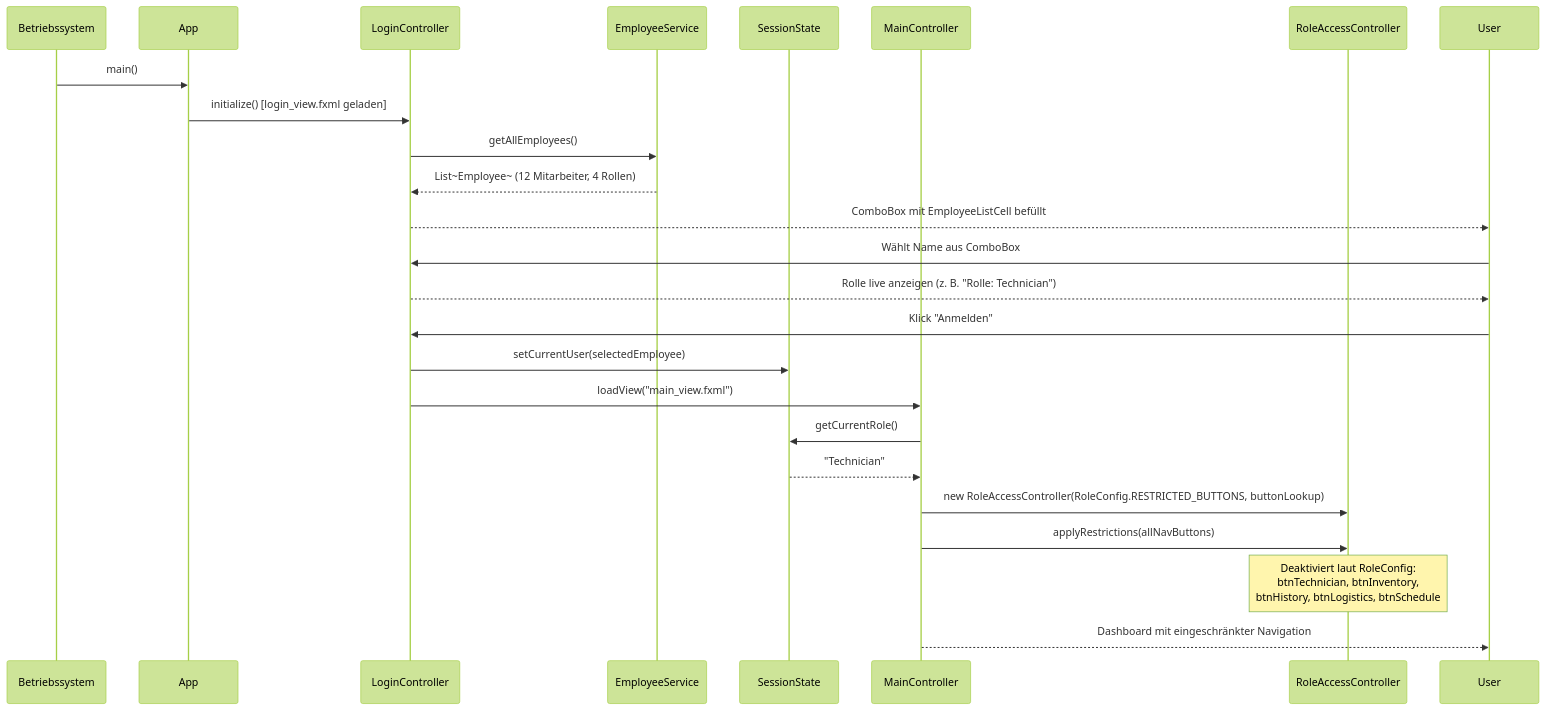
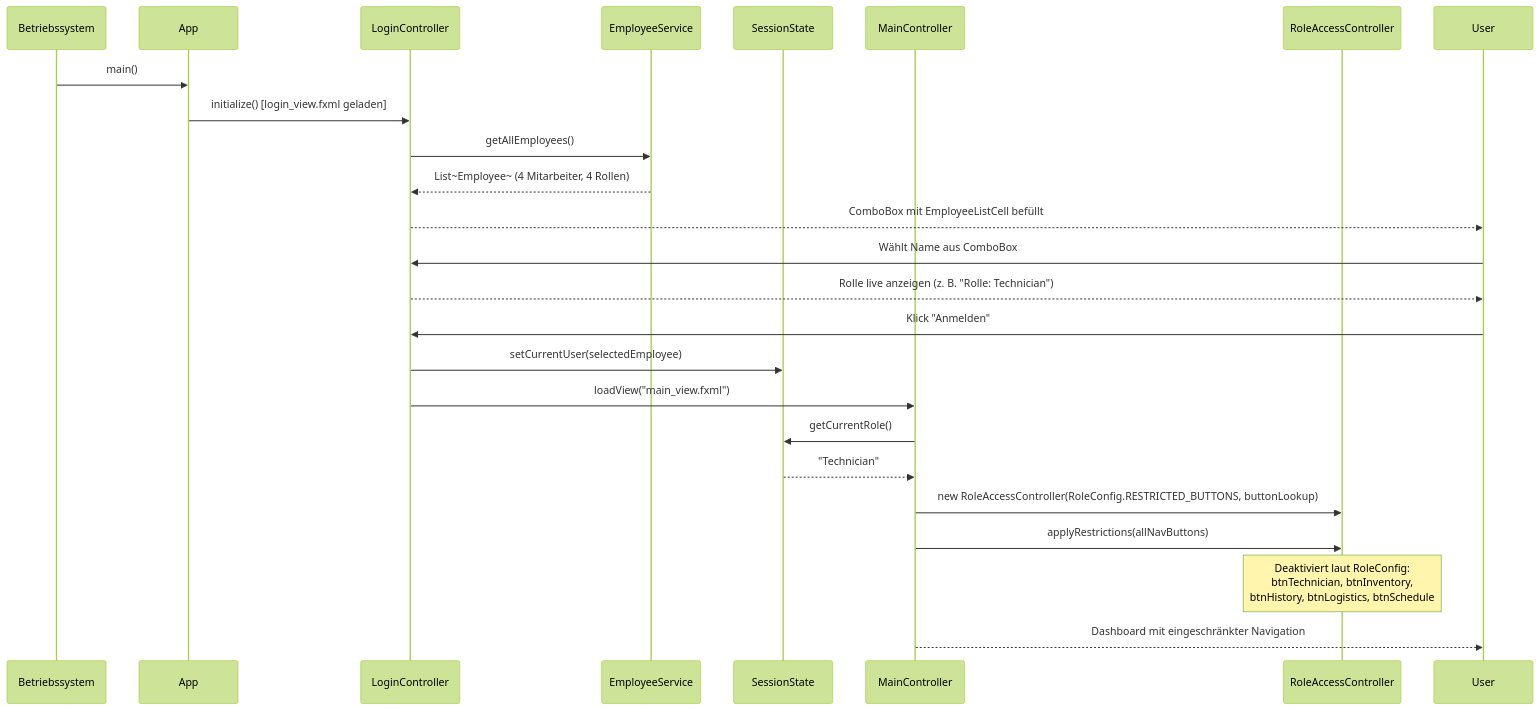
The seventh of 7 diagrams in README.md (BassmaT/ShuttleLogisticGroup5), drawn with Mermaid (forest theme) before and after one commit. The commit also changed other lines of this file and 1 other file, not shown here.

Commit message:
Update: Updated ReadMe and UML Diagramm, after the last changes

````diff
--- a/README.md
+++ b/README.md
@@ -964,30 +969,30 @@
 ```mermaid
 sequenceDiagram
     participant OS as Betriebssystem
     participant App
     participant LC as LoginController
     participant ES as EmployeeService
     participant SS as SessionState
     participant MC as MainController
     participant RAC as RoleAccessController
 
     OS->>App: main()
     App->>LC: initialize() [login_view.fxml geladen]
     LC->>ES: getAllEmployees()
-    ES-->>LC: List~Employee~ (12 Mitarbeiter, 4 Rollen)
+    ES-->>LC: List~Employee~ (4 Mitarbeiter, 4 Rollen)
     LC-->>User: ComboBox mit EmployeeListCell befüllt
 
     User->>LC: Wählt Name aus ComboBox
     LC-->>User: Rolle live anzeigen (z. B. "Rolle: Technician")
 
     User->>LC: Klick "Anmelden"
     LC->>SS: setCurrentUser(selectedEmployee)
     LC->>MC: loadView("main_view.fxml")
 
     MC->>SS: getCurrentRole()
     SS-->>MC: "Technician"
     MC->>RAC: new RoleAccessController(RoleConfig.RESTRICTED_BUTTONS, buttonLookup)
     MC->>RAC: applyRestrictions(allNavButtons)
     Note over RAC: Deaktiviert laut RoleConfig:<br/>btnTechnician, btnInventory,<br/>btnHistory, btnLogistics, btnSchedule
     MC-->>User: Dashboard mit eingeschränkter Navigation
 ```
````
